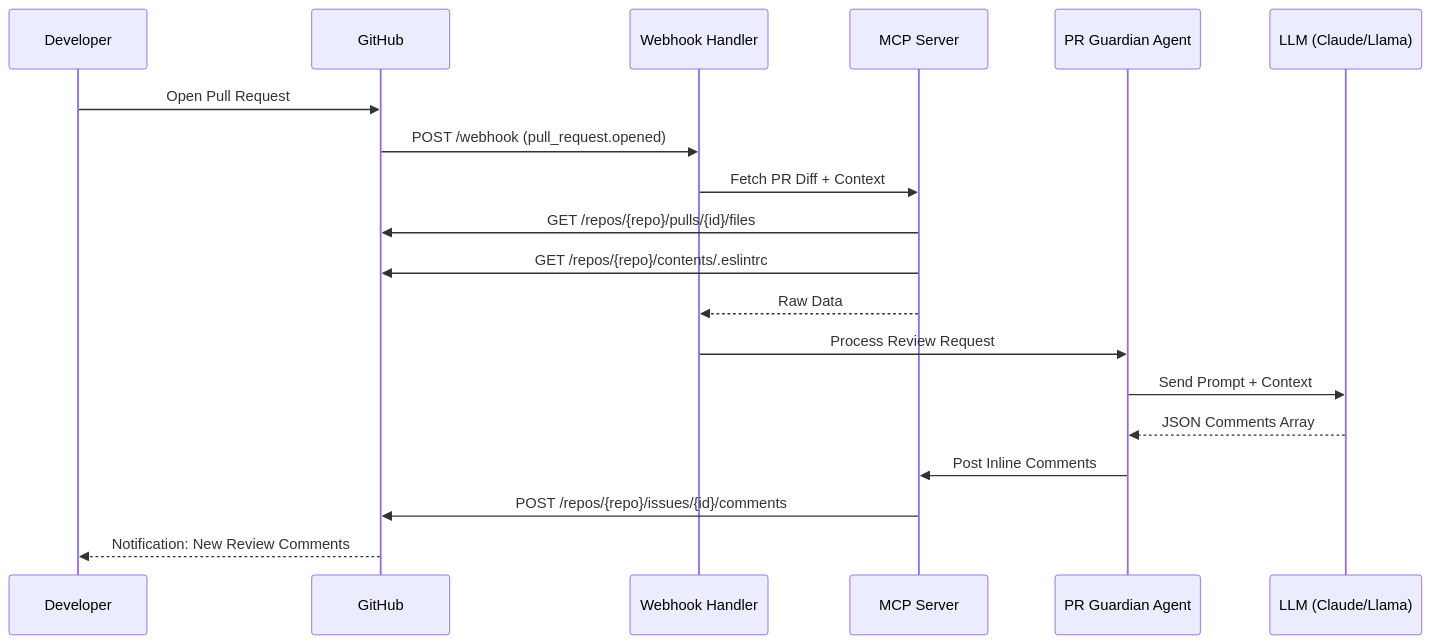
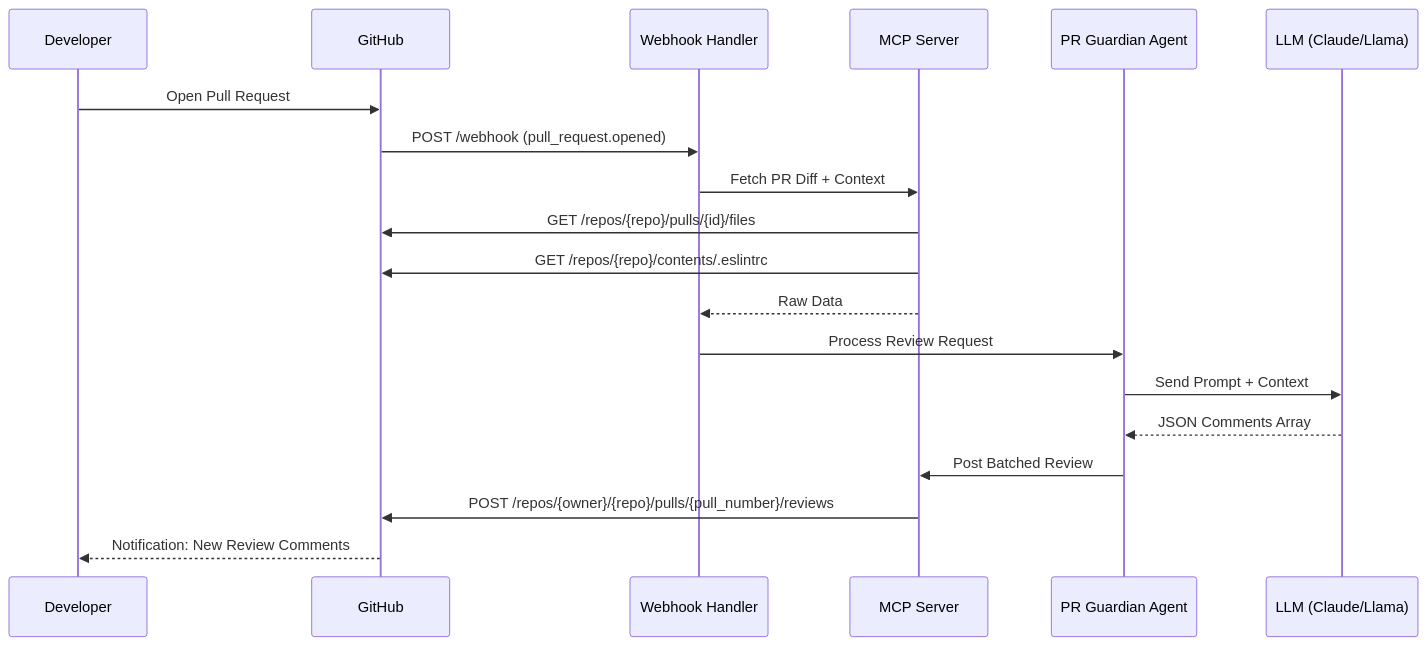
One commit to kubos777/pr-guardian changed the first of 3 diagrams in ARCHITECTURE_DIAGRAMS.md. Above: the diagram before and after it, drawn with Mermaid. The commit also changed other lines of this file, not shown here.

Commit message:
docs: freeze review contract, states and security model

````diff
--- a/ARCHITECTURE_DIAGRAMS.md
+++ b/ARCHITECTURE_DIAGRAMS.md
@@ -12,22 +12,22 @@
 ```mermaid
 sequenceDiagram
     participant Dev as Developer
     participant GH as GitHub
     participant WH as Webhook Handler
     participant MCP as MCP Server
     participant Agent as PR Guardian Agent
     participant LLM as LLM (Claude/Llama)
     
     Dev->>GH: Open Pull Request
     GH->>WH: POST /webhook (pull_request.opened)
     WH->>MCP: Fetch PR Diff + Context
     MCP->>GH: GET /repos/{repo}/pulls/{id}/files
     MCP->>GH: GET /repos/{repo}/contents/.eslintrc
     MCP-->>WH: Raw Data
     WH->>Agent: Process Review Request
     Agent->>LLM: Send Prompt + Context
     LLM-->>Agent: JSON Comments Array
-    Agent->>MCP: Post Inline Comments
-    MCP->>GH: POST /repos/{repo}/issues/{id}/comments
+    Agent->>MCP: Post Batched Review
+    MCP->>GH: POST /repos/{owner}/{repo}/pulls/{pull_number}/reviews
     GH-->>Dev: Notification: New Review Comments
 ```    
````
